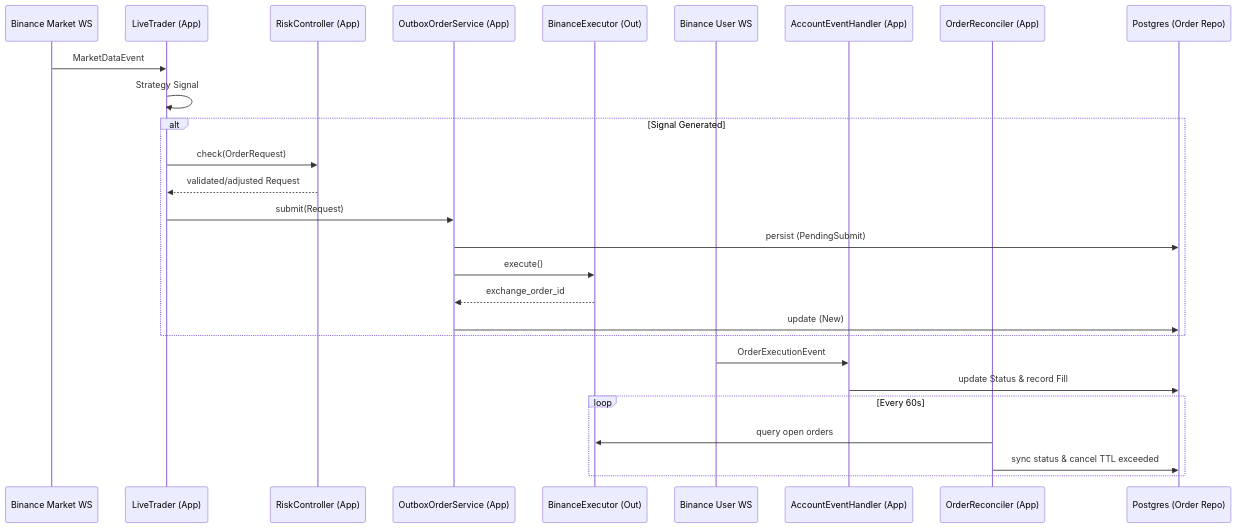
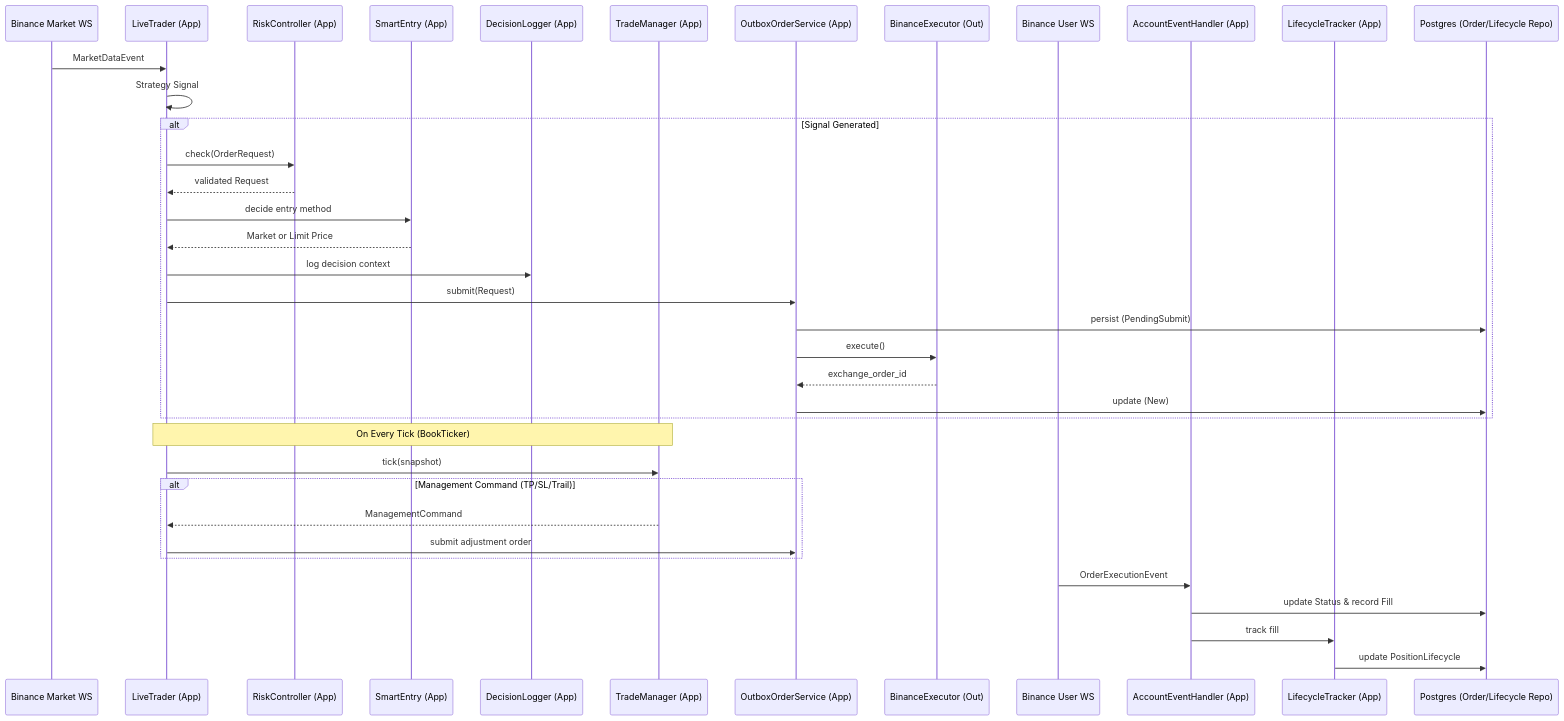
One commit to juny0955/trading-bot changed the third of 3 diagrams in docs/03_data_flow.md. Above: the diagram before and after it, drawn with Mermaid. The commit also changed other lines of this file and 4 other files, not shown here.

````diff
--- a/docs/03_data_flow.md
+++ b/docs/03_data_flow.md
@@ -79,30 +81,42 @@
 ```mermaid
 sequenceDiagram
     participant MWS as Binance Market WS
     participant T as LiveTrader (App)
     participant RC as RiskController (App)
+    participant SE as SmartEntry (App)
+    participant DL as DecisionLogger (App)
+    participant TM as TradeManager (App)
     participant OS as OutboxOrderService (App)
     participant BE as BinanceExecutor (Out)
     participant UWS as Binance User WS
     participant AEH as AccountEventHandler (App)
-    participant OR as OrderReconciler (App)
-    participant DB as Postgres (Order Repo)
+    participant LT as LifecycleTracker (App)
+    participant DB as Postgres (Order/Lifecycle Repo)
 
     MWS->>T: MarketDataEvent
     T->>T: Strategy Signal
     alt Signal Generated
         T->>RC: check(OrderRequest)
-        RC-->>T: validated/adjusted Request
+        RC-->>T: validated Request
+        T->>SE: decide entry method
+        SE-->>T: Market or Limit Price
+        T->>DL: log decision context
         T->>OS: submit(Request)
         OS->>DB: persist (PendingSubmit)
         OS->>BE: execute()
         BE-->>OS: exchange_order_id
         OS->>DB: update (New)
     end
+    
+    Note over T, TM: On Every Tick (BookTicker)
+    T->>TM: tick(snapshot)
+    alt Management Command (TP/SL/Trail)
+        TM-->>T: ManagementCommand
+        T->>OS: submit adjustment order
+    end
+
     UWS->>AEH: OrderExecutionEvent
     AEH->>DB: update Status & record Fill
-    loop Every 60s
-        OR->>BE: query open orders
-        OR->>DB: sync status & cancel TTL exceeded
-    end
+    AEH->>LT: track fill
+    LT->>DB: update PositionLifecycle
 ```
````
